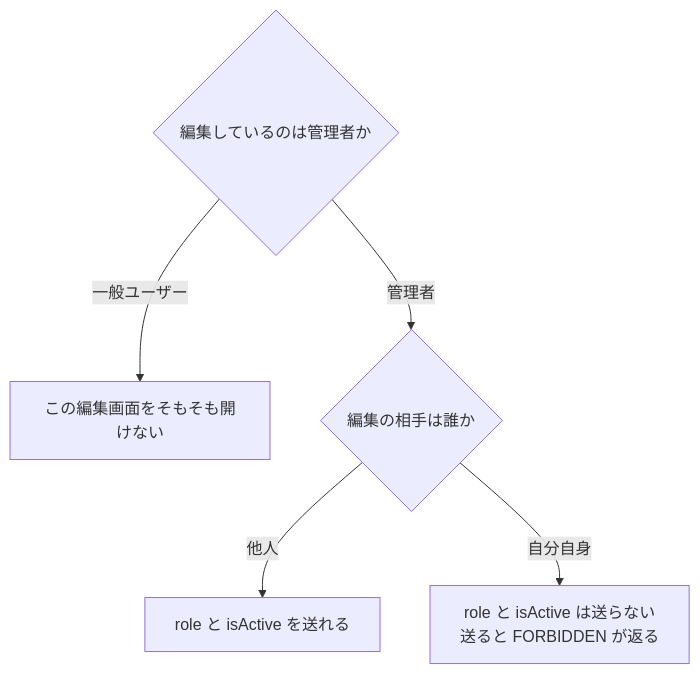
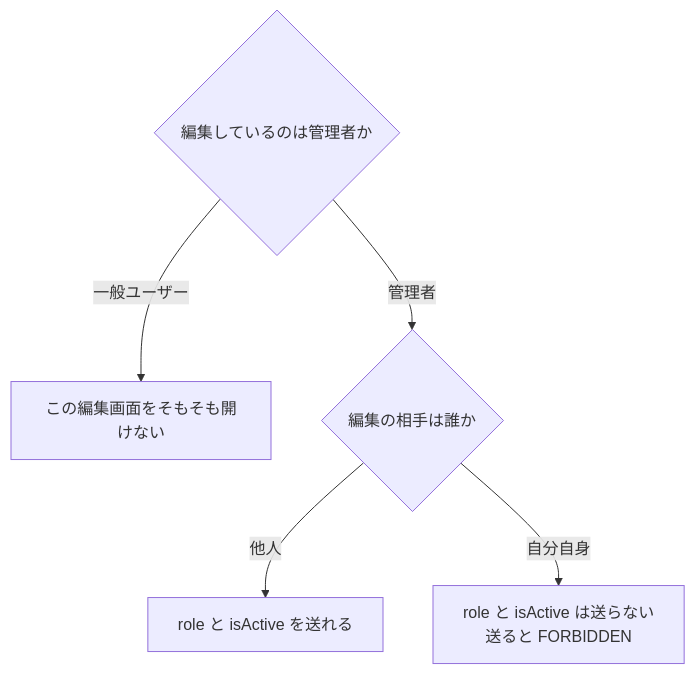
The second of 3 diagrams in material/30days-curriculum/day29_ユーザー詳細・編集ページを作ろう.md (kouiso/task-app), drawn with Mermaid before and after one commit. The commit also changed 5 other files, not shown here.

First line of the commit message:
feat(教材): 図を30枚足し、再構成ビルドの通過日を8→16日へ広げる

````diff
--- a/material/30days-curriculum/day29_ユーザー詳細・編集ページを作ろう.md
+++ b/material/30days-curriculum/day29_ユーザー詳細・編集ページを作ろう.md
@@ -1409,8 +1409,8 @@
 ```mermaid
 flowchart TB
     A{"編集しているのは管理者か"}
     A -->|"一般ユーザー"| N1["この編集画面をそもそも開けない"]
     A -->|"管理者"| B{"編集の相手は誰か"}
     B -->|"他人"| OK["role と isActive を送れる"]
-    B -->|"自分自身"| NG["role と isActive は送らない<br/>送ると FORBIDDEN が返る"]
+    B -->|"自分自身"| NG["role と isActive は送らない<br/>送ると FORBIDDEN"]
 ```
````
